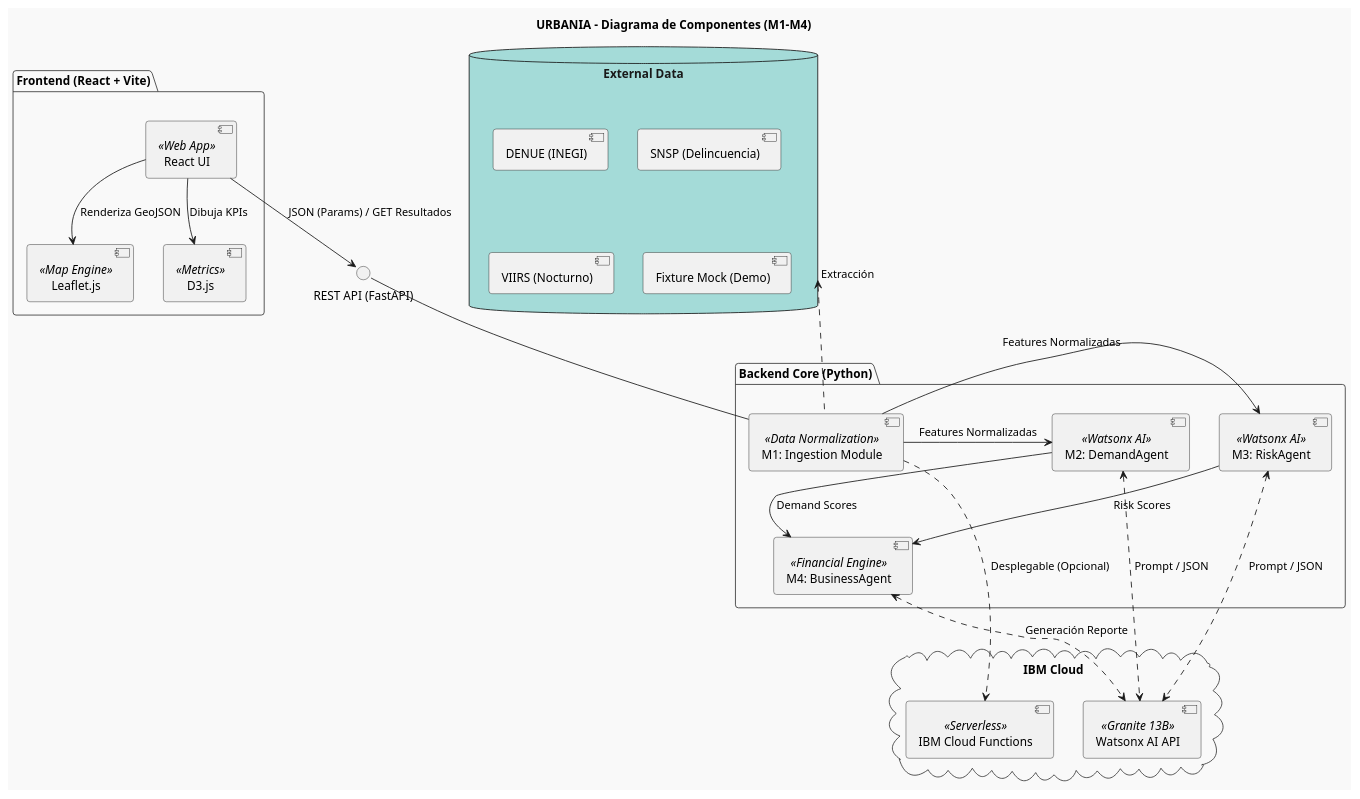
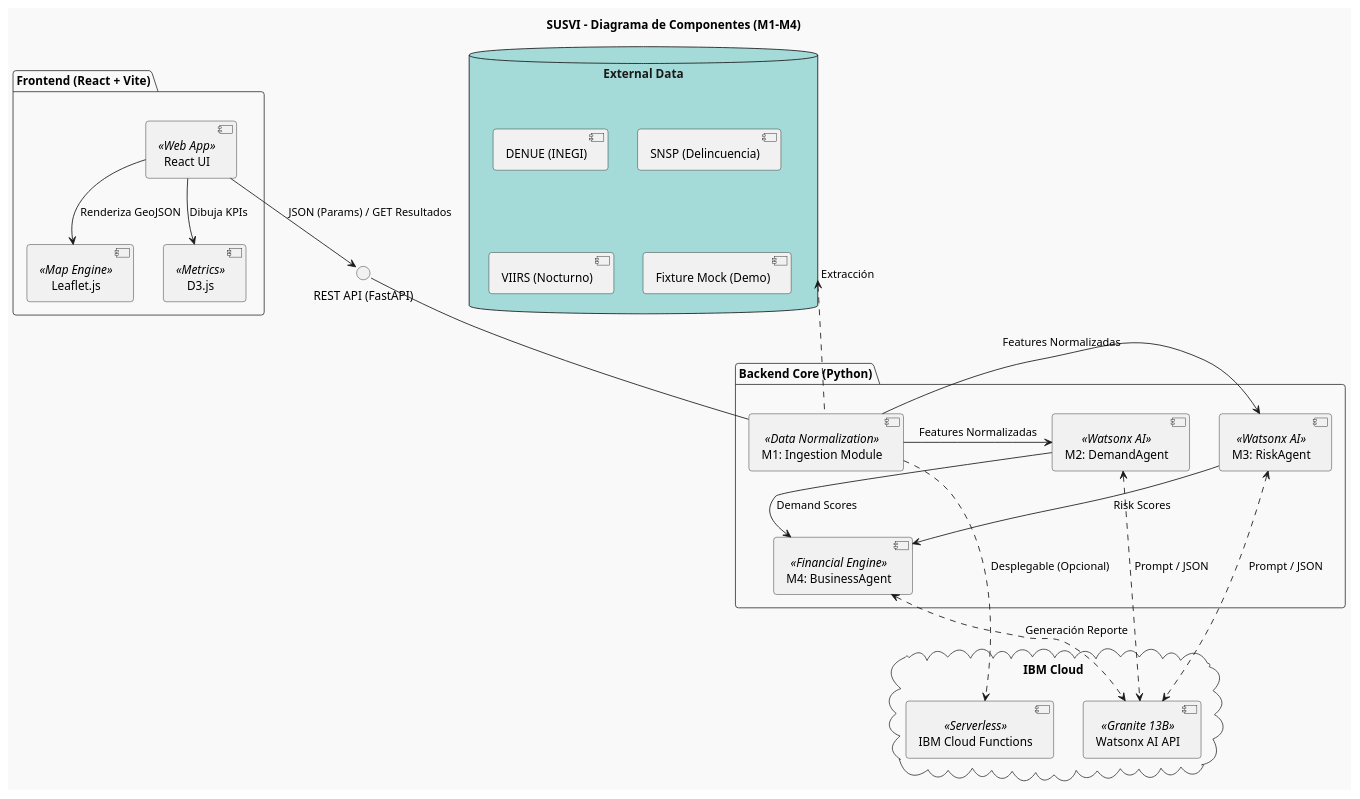
One commit to IsaiPerez02033/URBANIA changed the diagram in docs/component_diagram.puml. Above: the diagram before and after it, drawn with PlantUML. The commit also changed 36 other files, not shown here.

```diff
--- a/docs/component_diagram.puml
+++ b/docs/component_diagram.puml
@@ -1,50 +1,50 @@
 @startuml
 !theme mars
 
-title URBANIA - Diagrama de Componentes (M1-M4)
+title SUSVI - Diagrama de Componentes (M1-M4)
 
 package "Frontend (React + Vite)" {
     [React UI] <<Web App>>
     [Leaflet.js] <<Map Engine>>
     [D3.js] <<Metrics>>
     
     [React UI] --> [Leaflet.js] : "Renderiza GeoJSON"
     [React UI] --> [D3.js] : "Dibuja KPIs"
 }
 
 interface "REST API (FastAPI)" as API
 
 package "Backend Core (Python)" {
     [M1: Ingestion Module] <<Data Normalization>>
     [M2: DemandAgent] <<Watsonx AI>>
     [M3: RiskAgent] <<Watsonx AI>>
     [M4: BusinessAgent] <<Financial Engine>>
     
     API -down- [M1: Ingestion Module]
     [M1: Ingestion Module] -right-> [M2: DemandAgent] : "Features Normalizadas"
     [M1: Ingestion Module] -right-> [M3: RiskAgent] : "Features Normalizadas"
     [M2: DemandAgent] --> [M4: BusinessAgent] : "Demand Scores"
     [M3: RiskAgent] --> [M4: BusinessAgent] : "Risk Scores"
 }
 
 cloud "IBM Cloud" {
     [Watsonx AI API] <<Granite 13B>>
     [IBM Cloud Functions] <<Serverless>>
 }
 
 database "External Data" {
     [DENUE (INEGI)]
     [SNSP (Delincuencia)]
     [VIIRS (Nocturno)]
     [Fixture Mock (Demo)]
 }
 
 [React UI] --> API : "JSON (Params) / GET Resultados"
 [M1: Ingestion Module] -.up.> [External Data] : "Extracción"
 
 [M2: DemandAgent] <..> [Watsonx AI API] : "Prompt / JSON"
 [M3: RiskAgent] <..> [Watsonx AI API] : "Prompt / JSON"
 [M4: BusinessAgent] <..> [Watsonx AI API] : "Generación Reporte"
 
 [M1: Ingestion Module] ..> [IBM Cloud Functions] : "Desplegable (Opcional)"
 @enduml
```
